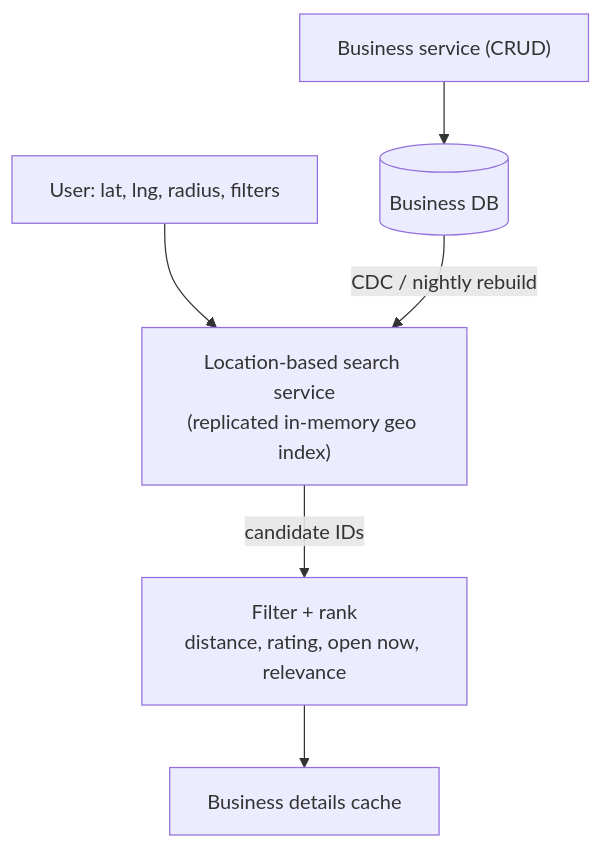
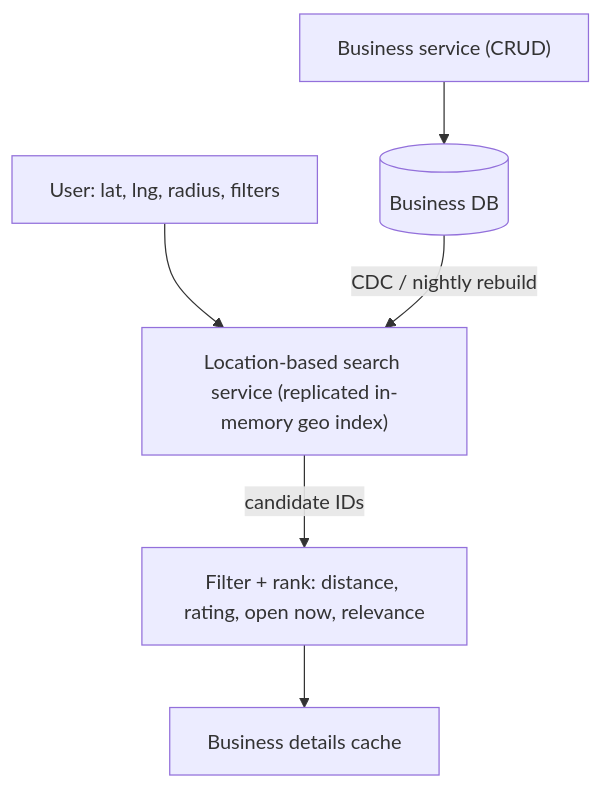
Before and after one commit to AkshayAshokCode/System-Design-Interview-Questions-and-Answers: the third of 20 diagrams in topics/18-designs-location-commerce.md, drawn with Mermaid. The commit also changed other lines of this file and 4 other files, not shown here.

````diff
--- a/topics/18-designs-location-commerce.md
+++ b/topics/18-designs-location-commerce.md
@@ -60,8 +211,8 @@
 ```mermaid
 flowchart TD
-    U["User: lat, lng, radius, filters"] --> LBS["Location-based search service<br/>(replicated in-memory geo index)"]
-    LBS -->|"candidate IDs"| RANK["Filter + rank<br/>distance, rating, open now, relevance"]
+    U["User: lat, lng, radius, filters"] --> LBS["Location-based search service (replicated in-memory geo index)"]
+    LBS -->|"candidate IDs"| RANK["Filter + rank: distance, rating, open now, relevance"]
     RANK --> BC["Business details cache"]
     BIZ["Business service (CRUD)"] --> DB[("Business DB")]
     DB -->|"CDC / nightly rebuild"| LBS
 ```
````
